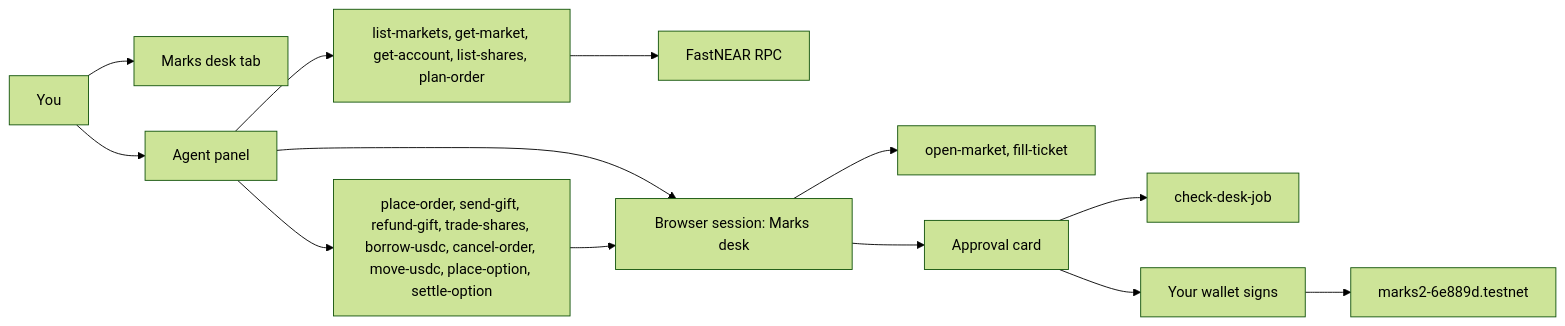
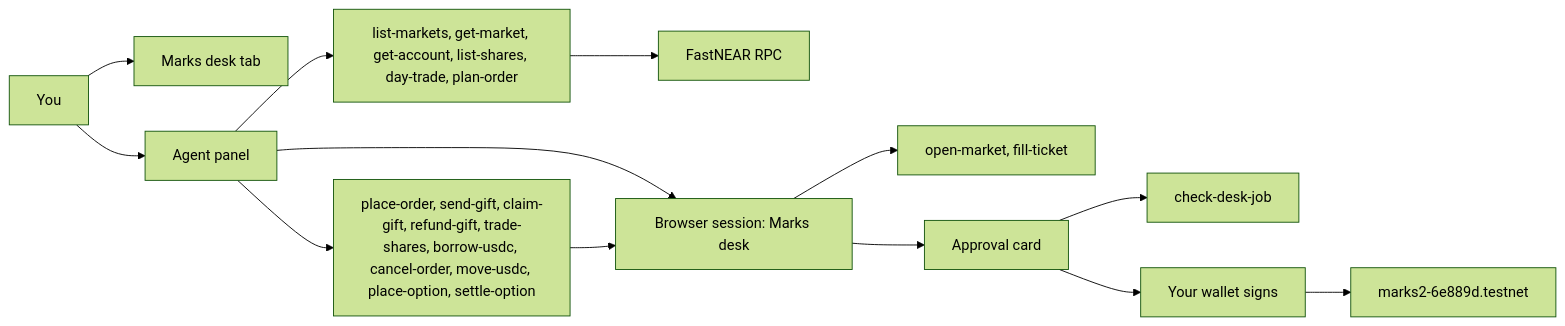
One commit to amdonatusprince/Marks-on-Near changed the sixth of 6 diagrams in README.md. Above: the diagram before and after it, drawn with Mermaid (forest theme). The commit also changed other lines of this file, not shown here.

````diff
--- a/README.md
+++ b/README.md
@@ -357,15 +394,15 @@
 ```mermaid
 flowchart LR
   person[You] --> desk[Marks desk tab]
   person --> chat[Agent panel]
-  chat --> reads[list-markets, get-market, get-account, list-shares, plan-order]
+  chat --> reads[list-markets, get-market, get-account, list-shares, day-trade, plan-order]
   reads --> rpc[FastNEAR RPC]
-  chat --> writes[place-order, send-gift, refund-gift, trade-shares, borrow-usdc, cancel-order, move-usdc, place-option, settle-option]
+  chat --> writes[place-order, send-gift, claim-gift, refund-gift, trade-shares, borrow-usdc, cancel-order, move-usdc, place-option, settle-option]
   chat --> session[Browser session: Marks desk]
   session --> nav[open-market, fill-ticket]
   writes --> session
   session --> card[Approval card]
   card --> wait[check-desk-job]
   card --> wallet[Your wallet signs]
   wallet --> marks[marks2-6e889d.testnet]
 ```
````
